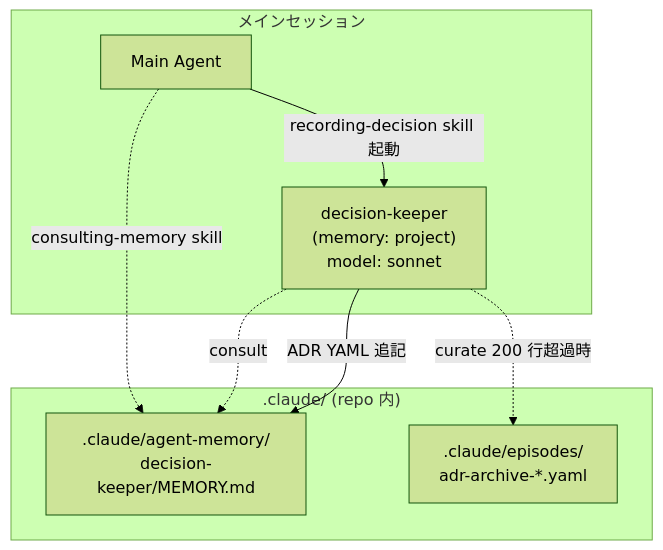
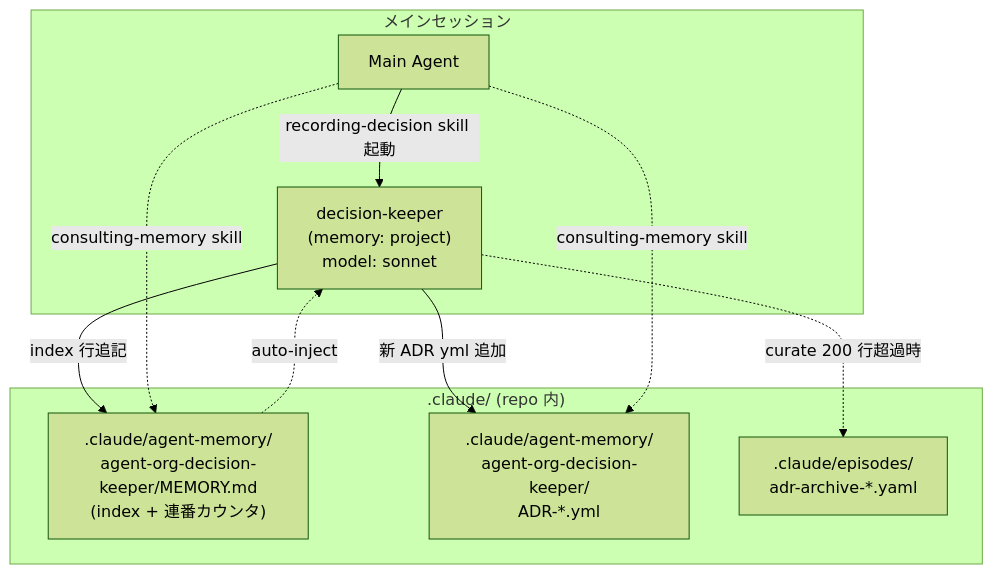
The second of 3 diagrams in plugins/agent-org/docs/ARCHITECTURE.md (Mao-o/cc-mp-worktools), drawn with Mermaid (forest theme) before and after one commit. The commit also changed other lines of this file and 8 other files, not shown here.

First line of the commit message:
feat(agent-org)!: 0.3.0 - scoped name dir adoption (breaking)

````diff
--- a/plugins/agent-org/docs/ARCHITECTURE.md
+++ b/plugins/agent-org/docs/ARCHITECTURE.md
@@ -110,18 +127,21 @@
 ```mermaid
 graph TB
     subgraph Session2 ["メインセッション"]
         MA2["Main Agent"]
         DK["decision-keeper<br>(memory: project)<br>model: sonnet"]
     end
 
     subgraph Repo2 [".claude/ (repo 内)"]
-        ADR[".claude/agent-memory/<br>decision-keeper/MEMORY.md"]
+        ADRM[".claude/agent-memory/<br>agent-org-decision-keeper/MEMORY.md<br>(index + 連番カウンタ)"]
+        ADRY[".claude/agent-memory/<br>agent-org-decision-keeper/<br>ADR-*.yml"]
         EPA[".claude/episodes/<br>adr-archive-*.yaml"]
     end
 
     MA2 -->|recording-decision skill 起動| DK
-    DK -->|ADR YAML 追記| ADR
+    DK -->|index 行追記| ADRM
+    DK -->|新 ADR yml 追加| ADRY
     DK -.curate 200 行超過時.-> EPA
-    DK -.consult.-> ADR
-    MA2 -.consulting-memory skill.-> ADR
+    ADRM -.auto-inject.-> DK
+    MA2 -.consulting-memory skill.-> ADRM
+    MA2 -.consulting-memory skill.-> ADRY
 ```
````
